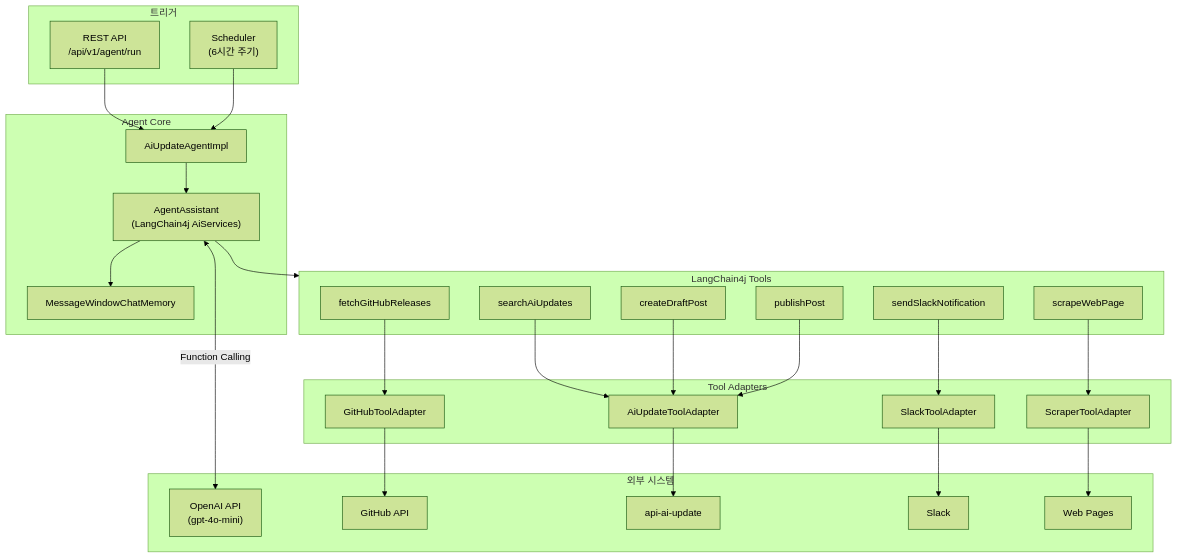
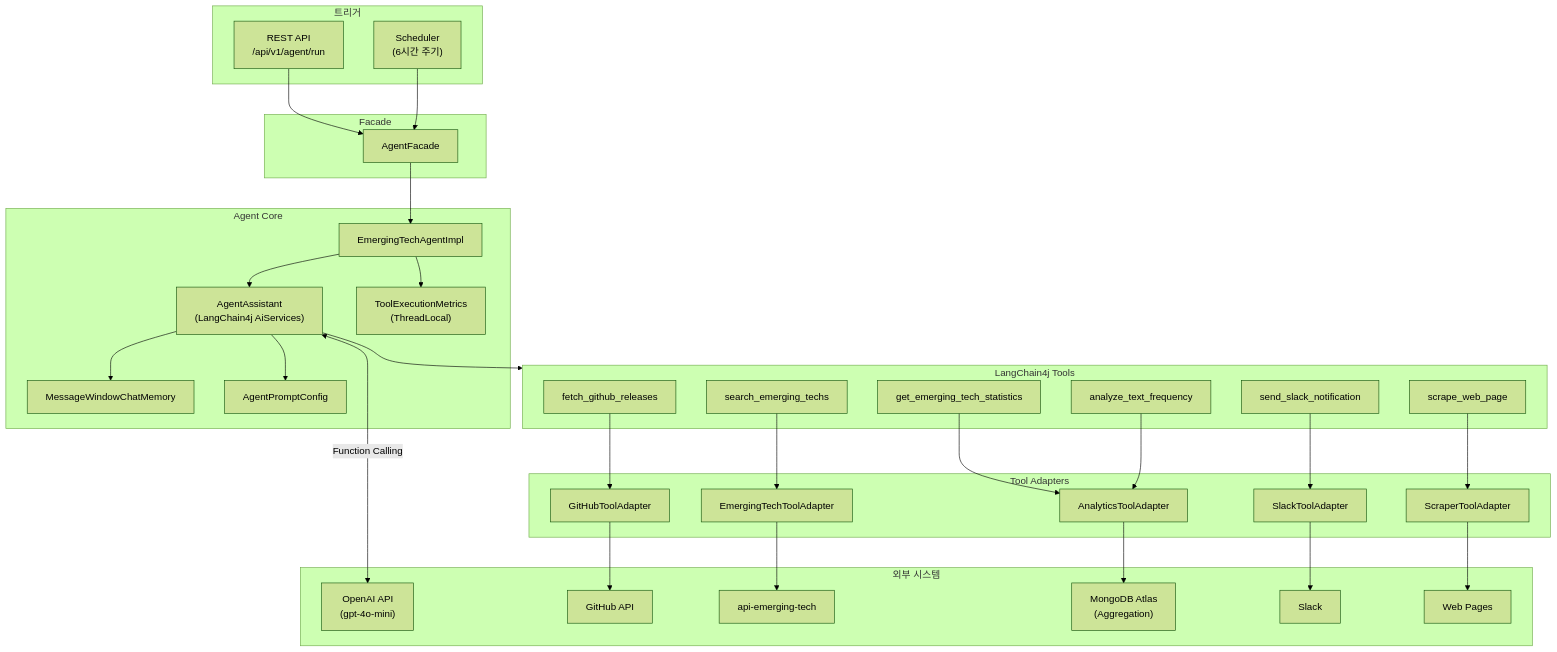
The diagram in api/agent/README.md (thswlsqls/tech-n-ai), drawn with Mermaid (forest theme) before and after one commit. The commit also changed other lines of this file and 1 other file, not shown here.

Commit message:
docs: [main] api-agent 설계 변경사항 README 반영 (EmergingTech 에이전트 전환, 데이터 분석 기능 추가)

````diff
--- a/api/agent/README.md
+++ b/api/agent/README.md
@@ -11,51 +11,62 @@
 ```mermaid
 flowchart TB
     subgraph Trigger["트리거"]
         REST["REST API<br/>/api/v1/agent/run"]
         Scheduler["Scheduler<br/>(6시간 주기)"]
     end
 
+    subgraph Facade["Facade"]
+        AgentFacade["AgentFacade"]
+    end
+
     subgraph AgentCore["Agent Core"]
-        Agent["AiUpdateAgentImpl"]
+        Agent["EmergingTechAgentImpl"]
         Assistant["AgentAssistant<br/>(LangChain4j AiServices)"]
         Memory["MessageWindowChatMemory"]
+        Metrics["ToolExecutionMetrics<br/>(ThreadLocal)"]
+        PromptConfig["AgentPromptConfig"]
     end
 
     subgraph Tools["LangChain4j Tools"]
-        T1["fetchGitHubReleases"]
-        T2["scrapeWebPage"]
-        T3["searchAiUpdates"]
-        T4["createDraftPost"]
-        T5["publishPost"]
-        T6["sendSlackNotification"]
+        T1["fetch_github_releases"]
+        T2["scrape_web_page"]
+        T3["search_emerging_techs"]
+        T4["get_emerging_tech_statistics"]
+        T5["analyze_text_frequency"]
+        T6["send_slack_notification"]
     end
 
     subgraph Adapters["Tool Adapters"]
         GitHubAdapter["GitHubToolAdapter"]
         ScraperAdapter["ScraperToolAdapter"]
-        AiUpdateAdapter["AiUpdateToolAdapter"]
+        EmergingTechAdapter["EmergingTechToolAdapter"]
+        AnalyticsAdapter["AnalyticsToolAdapter"]
         SlackAdapter["SlackToolAdapter"]
     end
 
     subgraph External["외부 시스템"]
         OpenAI["OpenAI API<br/>(gpt-4o-mini)"]
         GitHub["GitHub API"]
-        AiUpdateAPI["api-ai-update"]
+        EmergingTechAPI["api-emerging-tech"]
+        MongoDB["MongoDB Atlas<br/>(Aggregation)"]
         Slack["Slack"]
         WebPages["Web Pages"]
     end
 
-    REST --> Agent
-    Scheduler --> Agent
+    REST --> AgentFacade
+    Scheduler --> AgentFacade
+    AgentFacade --> Agent
     Agent --> Assistant
+    Agent --> Metrics
     Assistant --> Memory
+    Assistant --> PromptConfig
     Assistant --> Tools
     Assistant <-->|"Function Calling"| OpenAI
 
     T1 --> GitHubAdapter --> GitHub
     T2 --> ScraperAdapter --> WebPages
-    T3 --> AiUpdateAdapter --> AiUpdateAPI
-    T4 --> AiUpdateAdapter
-    T5 --> AiUpdateAdapter
+    T3 --> EmergingTechAdapter --> EmergingTechAPI
+    T4 --> AnalyticsAdapter --> MongoDB
+    T5 --> AnalyticsAdapter
     T6 --> SlackAdapter --> Slack
 ```
````
